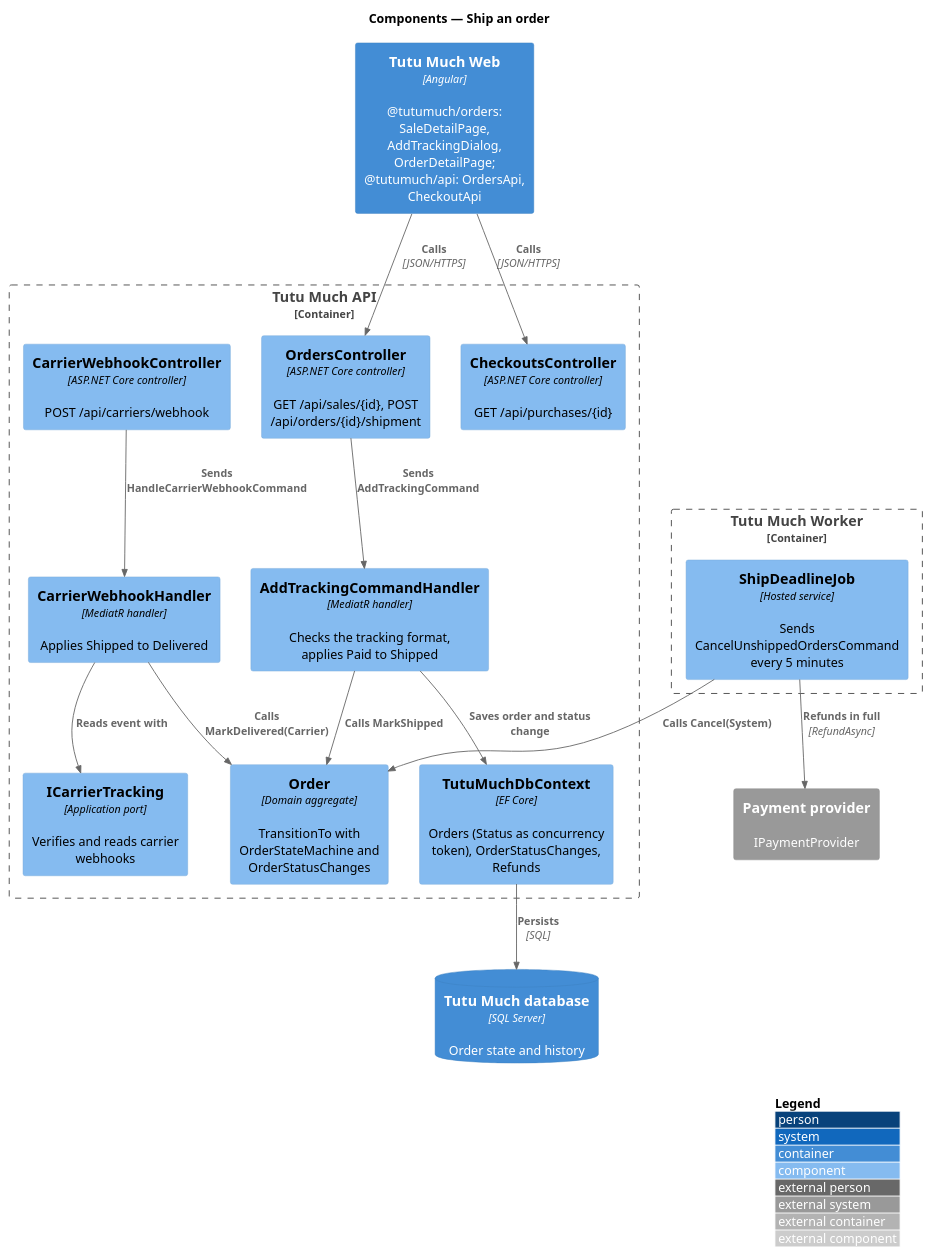
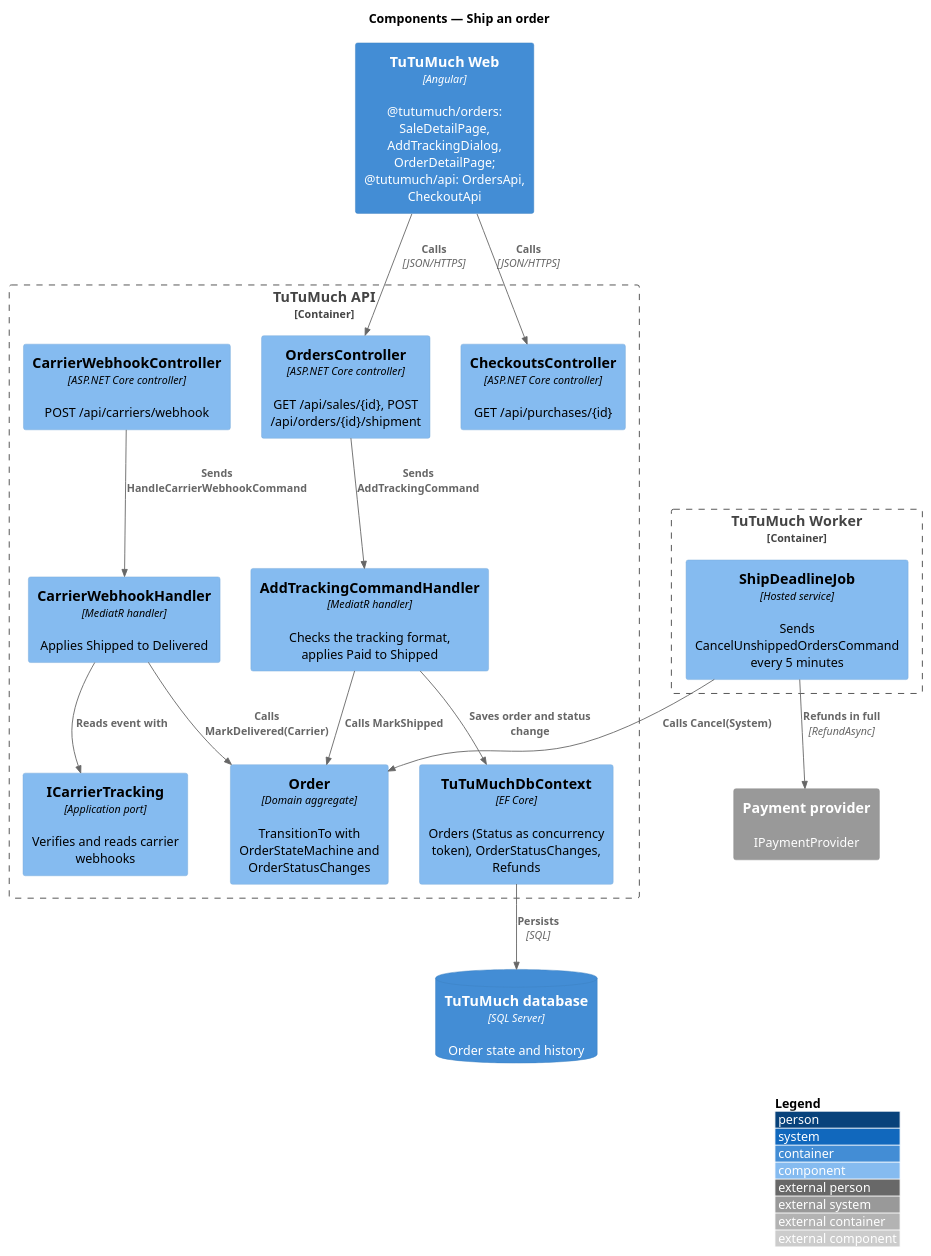
The diagram in docs/detailed-designs/orders/ship-order/diagrams/c4-component.puml (QuinntyneBrown/tutumuch), drawn with PlantUML before and after one commit. The commit also changed 1004 other files, not shown here.

```diff
--- a/docs/detailed-designs/orders/ship-order/diagrams/c4-component.puml
+++ b/docs/detailed-designs/orders/ship-order/diagrams/c4-component.puml
@@ -1,34 +1,34 @@
 @startuml
 !include <C4/C4_Component>
 LAYOUT_WITH_LEGEND()
 title Components — Ship an order
 
-Container(web, "Tutu Much Web", "Angular", "@tutumuch/orders: SaleDetailPage, AddTrackingDialog, OrderDetailPage; @tutumuch/api: OrdersApi, CheckoutApi")
-Container_Boundary(api, "Tutu Much API") {
+Container(web, "TuTuMuch Web", "Angular", "@tutumuch/orders: SaleDetailPage, AddTrackingDialog, OrderDetailPage; @tutumuch/api: OrdersApi, CheckoutApi")
+Container_Boundary(api, "TuTuMuch API") {
   Component(ctrl, "OrdersController", "ASP.NET Core controller", "GET /api/sales/{id}, POST /api/orders/{id}/shipment")
   Component(pur, "CheckoutsController", "ASP.NET Core controller", "GET /api/purchases/{id}")
   Component(cwh, "CarrierWebhookController", "ASP.NET Core controller", "POST /api/carriers/webhook")
   Component(h, "AddTrackingCommandHandler", "MediatR handler", "Checks the tracking format, applies Paid to Shipped")
   Component(hd, "CarrierWebhookHandler", "MediatR handler", "Applies Shipped to Delivered")
   Component(order, "Order", "Domain aggregate", "TransitionTo with OrderStateMachine and OrderStatusChanges")
   Component(port, "ICarrierTracking", "Application port", "Verifies and reads carrier webhooks")
-  Component(repo, "TutuMuchDbContext", "EF Core", "Orders (Status as concurrency token), OrderStatusChanges, Refunds")
+  Component(repo, "TuTuMuchDbContext", "EF Core", "Orders (Status as concurrency token), OrderStatusChanges, Refunds")
 }
-Container_Boundary(worker, "Tutu Much Worker") {
+Container_Boundary(worker, "TuTuMuch Worker") {
   Component(dl, "ShipDeadlineJob", "Hosted service", "Sends CancelUnshippedOrdersCommand every 5 minutes")
 }
-ContainerDb(db, "Tutu Much database", "SQL Server", "Order state and history")
+ContainerDb(db, "TuTuMuch database", "SQL Server", "Order state and history")
 System_Ext(pay, "Payment provider", "IPaymentProvider")
 
 Rel(web, ctrl, "Calls", "JSON/HTTPS")
 Rel(web, pur, "Calls", "JSON/HTTPS")
 Rel(ctrl, h, "Sends AddTrackingCommand")
 Rel(cwh, hd, "Sends HandleCarrierWebhookCommand")
 Rel(hd, port, "Reads event with")
 Rel(h, order, "Calls MarkShipped")
 Rel(hd, order, "Calls MarkDelivered(Carrier)")
 Rel(dl, order, "Calls Cancel(System)")
 Rel(dl, pay, "Refunds in full", "RefundAsync")
 Rel(h, repo, "Saves order and status change")
 Rel(repo, db, "Persists", "SQL")
 @enduml
```
